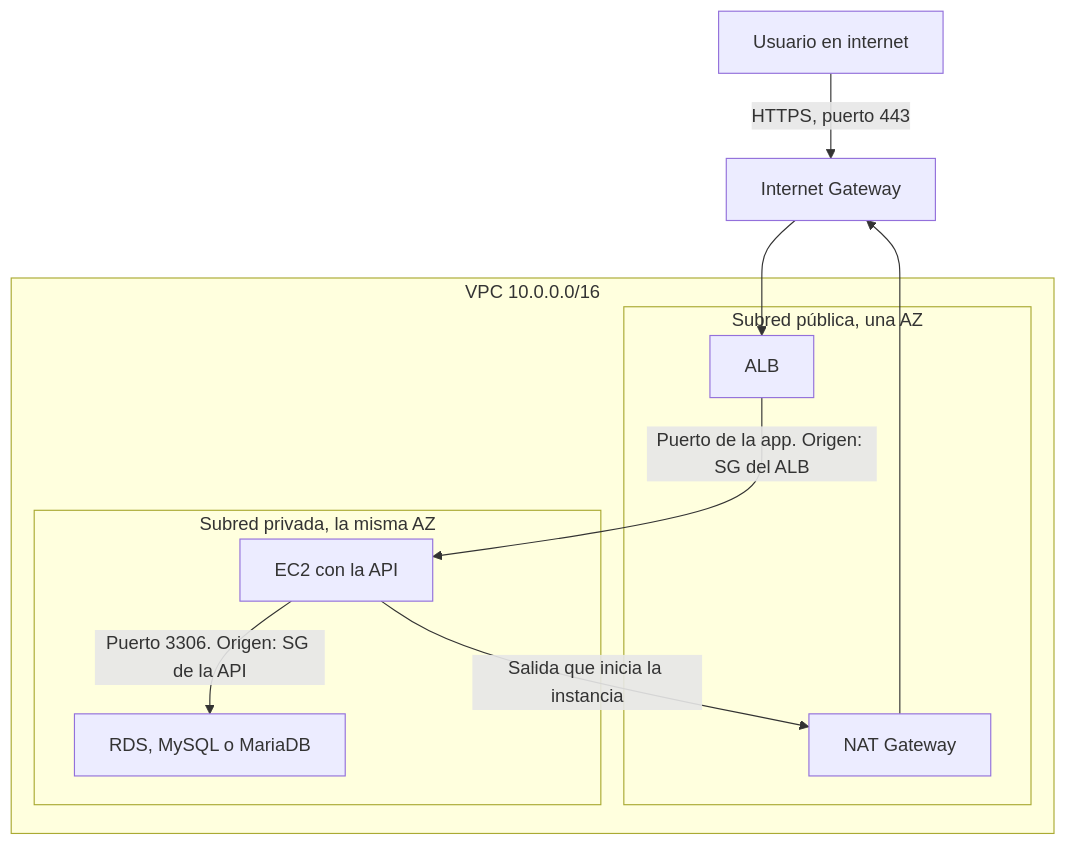
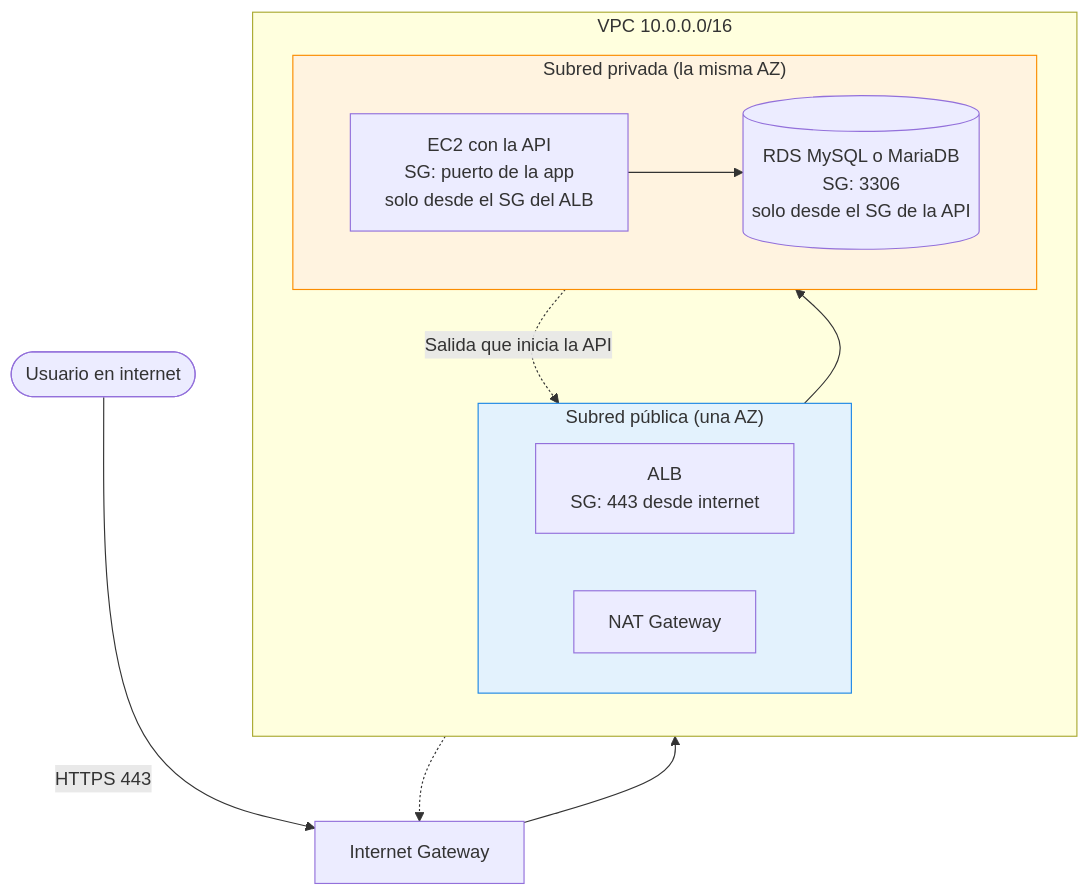
One commit to fjavier-hernandez/cloud changed the first of 2 diagrams in docs/03-redes-entrega-contenido/tema3.md. Above: the diagram before and after it, drawn with Mermaid. The commit also changed other lines of this file and 2 other files, not shown here.

Commit message:
Temas 3 y 4: redacción más clara del tema 4, diagramas Mermaid del tema 3 rehechos y diagrama oficial del Internet Gateway

````diff
--- a/docs/03-redes-entrega-contenido/tema3.md
+++ b/docs/03-redes-entrega-contenido/tema3.md
@@ -195,21 +200,28 @@
 ``` mermaid
 flowchart TB
-  usuario["Usuario en internet"]
+  usuario(["Usuario en internet"])
   igw["Internet Gateway"]
-  usuario -->|"HTTPS, puerto 443"| igw
   subgraph vpc["VPC 10.0.0.0/16"]
-    subgraph publica["Subred pública, una AZ"]
-      alb["ALB"]
+    direction TB
+    subgraph publica["Subred pública (una AZ)"]
+      direction LR
+      alb["ALB<br/>SG: 443 desde internet"]
       nat["NAT Gateway"]
     end
-    subgraph privada["Subred privada, la misma AZ"]
-      api["EC2 con la API"]
-      rds["RDS, MySQL o MariaDB"]
+    subgraph privada["Subred privada (la misma AZ)"]
+      direction LR
+      api["EC2 con la API<br/>SG: puerto de la app<br/>solo desde el SG del ALB"]
+      rds[("RDS MySQL o MariaDB<br/>SG: 3306<br/>solo desde el SG de la API")]
     end
   end
+  usuario -->|"HTTPS 443"| igw
   igw --> alb
-  alb -->|"Puerto de la app. Origen: SG del ALB"| api
-  api -->|"Puerto 3306. Origen: SG de la API"| rds
-  api -->|"Salida que inicia la instancia"| nat
-  nat --> igw
+  alb --> api
+  api --> rds
+  api -.->|"Salida que inicia la API"| nat
+  nat -.-> igw
+  classDef pub fill:#e3f2fd,stroke:#1e88e5
+  classDef priv fill:#fff3e0,stroke:#fb8c00
+  class publica pub
+  class privada priv
 ```
````
